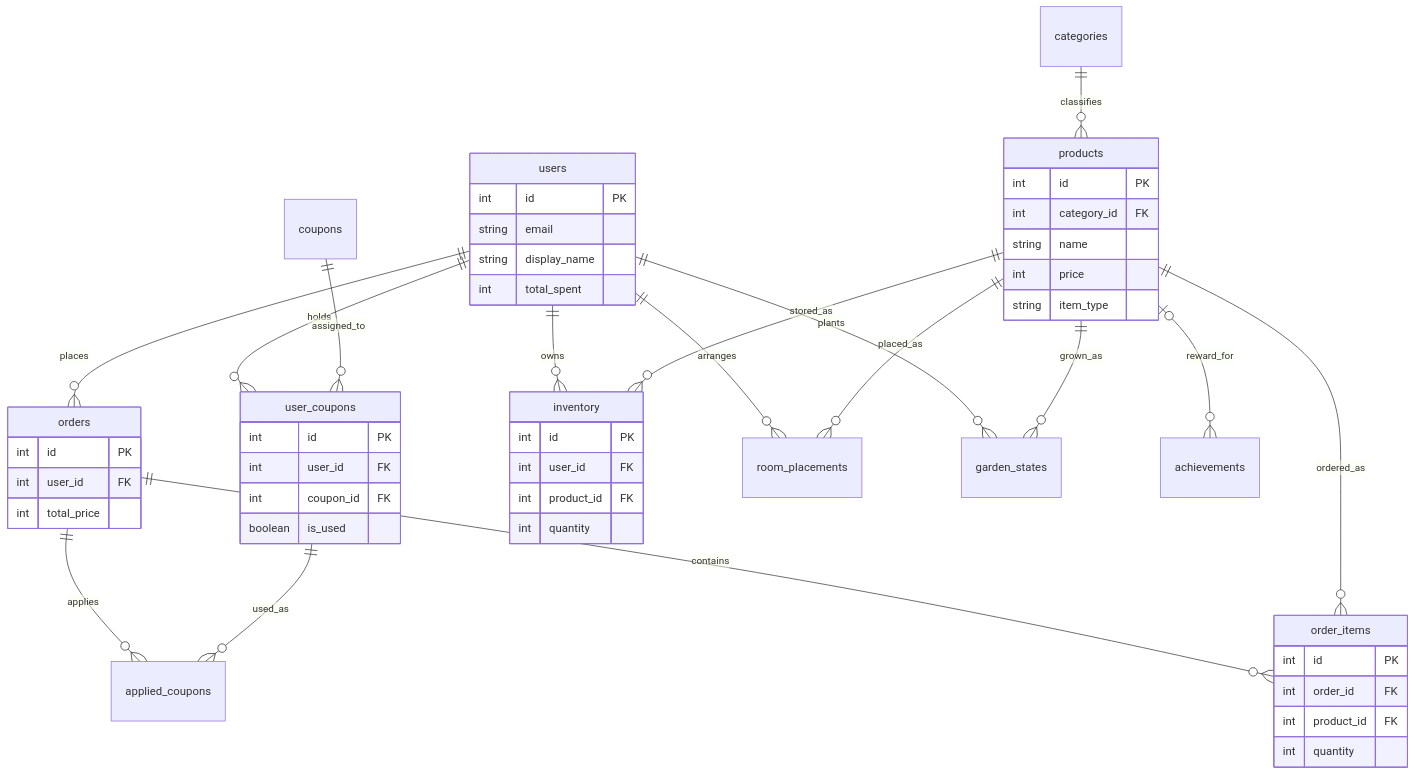
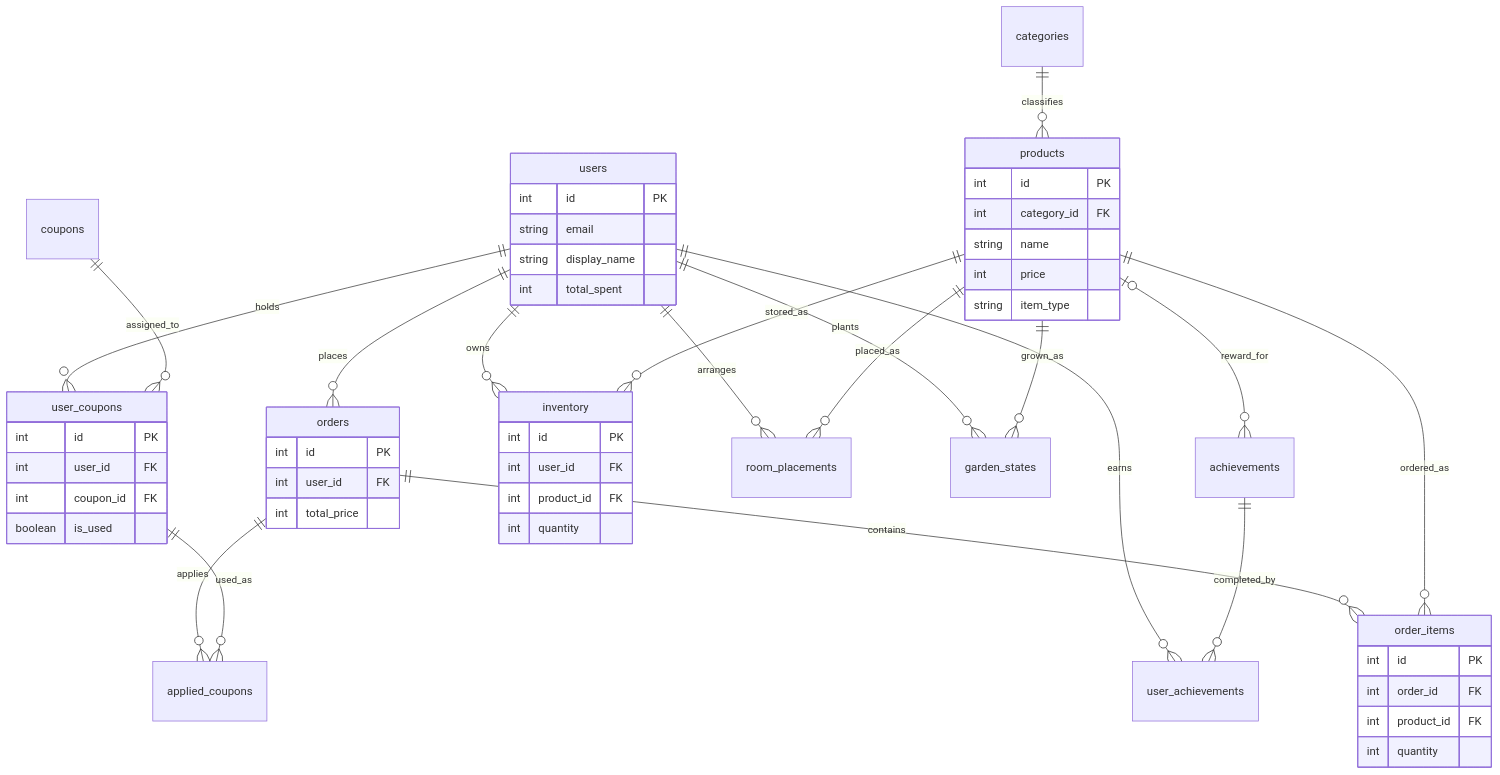
One commit to osumo/Kotan changed the diagram in memo/ER図.md. Above: the diagram before and after it, drawn with Mermaid. The commit also changed other lines of this file and 2 other files, not shown here.

Commit message:
Please provide the code changes or file summaries so I can generate the commit message for you.

````diff
--- a/memo/ER図.md
+++ b/memo/ER図.md
@@ -10,62 +10,64 @@
 ```mermaid
 erDiagram
     users ||--o{ orders : "places"
     users ||--o{ user_coupons : "holds"
     users ||--o{ inventory : "owns"
     users ||--o{ room_placements : "arranges"
     users ||--o{ garden_states : "plants"
+    users ||--o{ user_achievements : "earns"
     coupons ||--o{ user_coupons : "assigned_to"
     orders ||--o{ order_items : "contains"
     orders ||--o{ applied_coupons : "applies"
     user_coupons ||--o{ applied_coupons : "used_as"
 
     products ||--o{ order_items : "ordered_as"
     products ||--o{ inventory : "stored_as"
     products ||--o{ room_placements : "placed_as"
     products ||--o{ garden_states : "grown_as"
     products |o--o{ achievements : "reward_for"
 
     categories ||--o{ products : "classifies"
+    achievements ||--o{ user_achievements : "completed_by"
 
     users {
         int id PK
         string email
         string display_name
         int total_spent
     }
 
     products {
         int id PK
         int category_id FK
         string name
         int price
         string item_type
     }
 
     orders {
         int id PK
         int user_id FK
         int total_price
     }
 
     inventory {
         int id PK
         int user_id FK
         int product_id FK
         int quantity
     }
 
     user_coupons {
         int id PK
         int user_id FK
         int coupon_id FK
         boolean is_used
     }
 
     order_items {
         int id PK
         int order_id FK
         int product_id FK
         int quantity
     }
 ```
````
